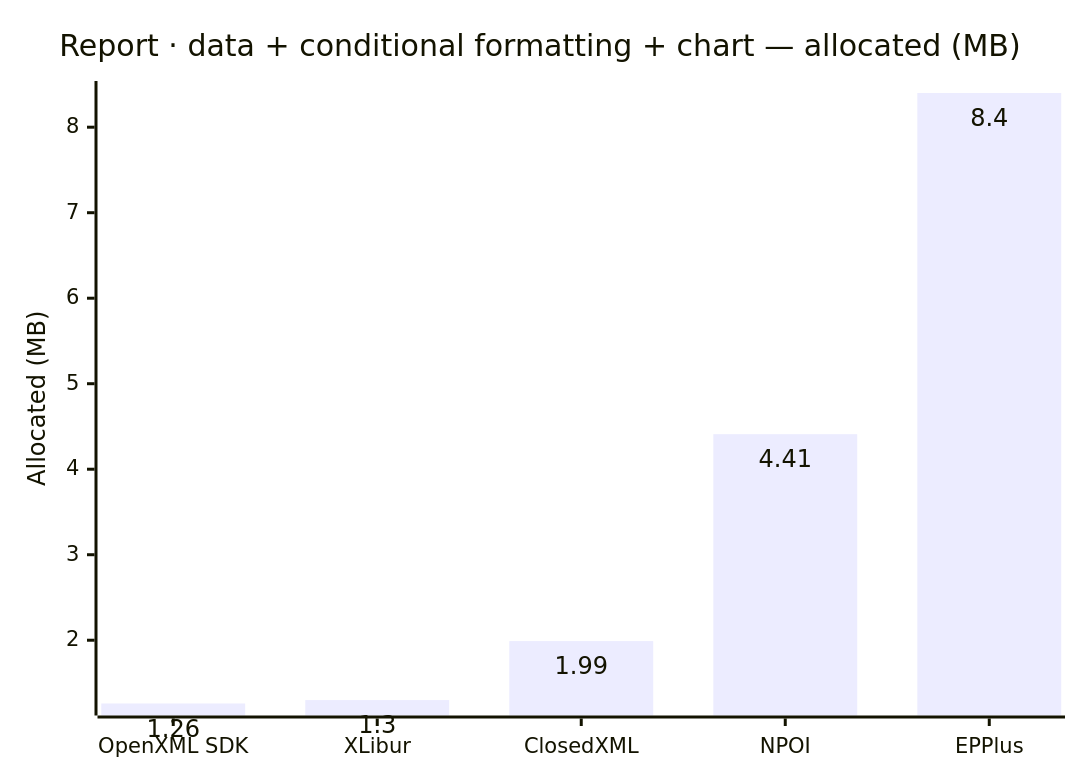
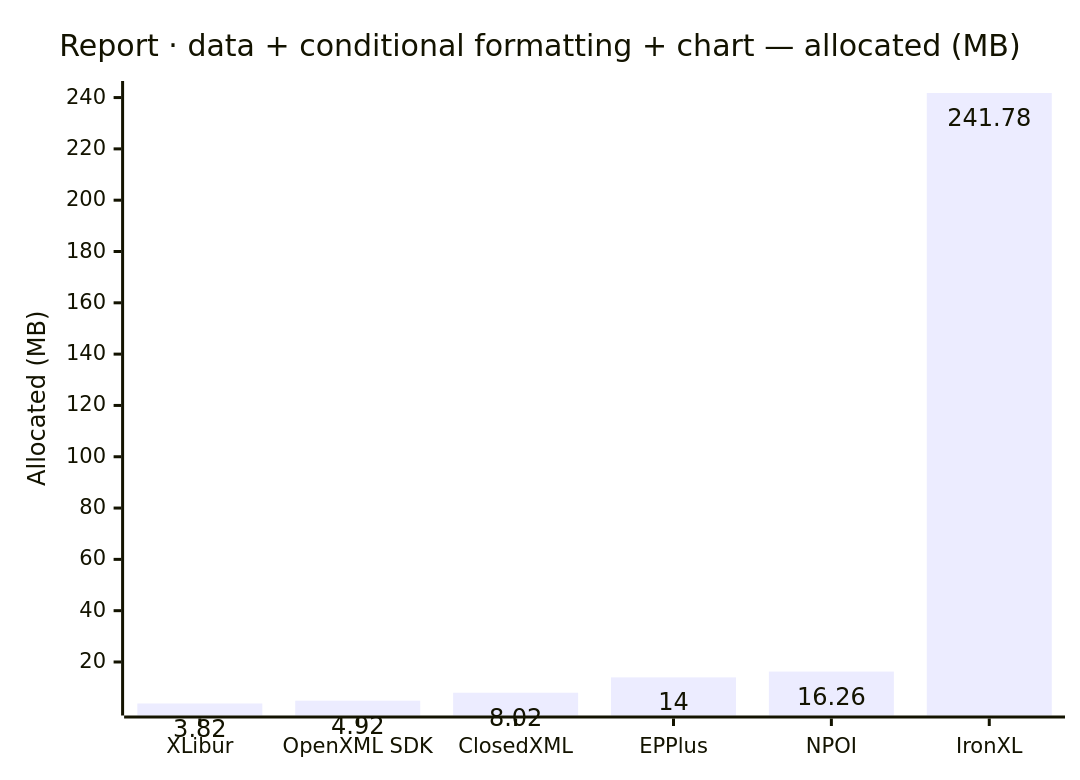
The eighth of 8 diagrams in docs/results.md (jafin/XLBench), drawn with Mermaid before and after one commit. The commit also changed other lines of this file and 17 other files, not shown here.

````diff
--- a/docs/results.md
+++ b/docs/results.md
@@ -125,12 +126,12 @@
 ```mermaid
 ---
 config:
   xyChart:
     showDataLabel: true
 ---
 xychart-beta
     title "Report · data + conditional formatting + chart — allocated (MB)"
-    x-axis ["OpenXML SDK", "XLibur", "ClosedXML", "NPOI", "EPPlus"]
+    x-axis ["XLibur", "OpenXML SDK", "ClosedXML", "EPPlus", "NPOI", "IronXL"]
     y-axis "Allocated (MB)"
-    bar [1.26, 1.3, 1.99, 4.41, 8.4]
+    bar [3.82, 4.92, 8.02, 14, 16.26, 241.78]
 ```
````
